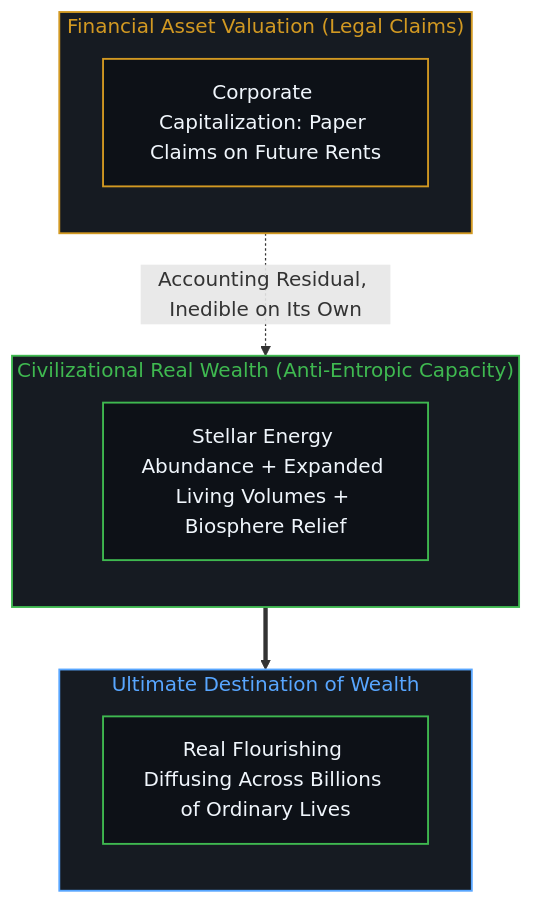
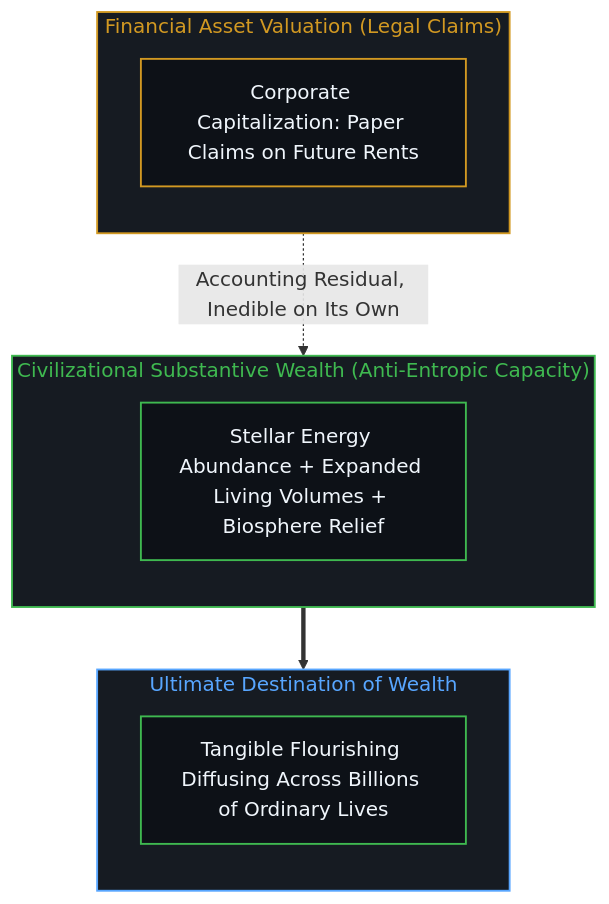
Before and after one commit to powerpig99/not-a-toe: diagram 14 of 14 in content/posts/beyond-the-hundred-trillion-horizon.md, drawn with Mermaid. The commit also changed other lines of this file and 6 other files, not shown here.

````diff
--- a/content/posts/beyond-the-hundred-trillion-horizon.md
+++ b/content/posts/beyond-the-hundred-trillion-horizon.md
@@ -588,30 +523,25 @@
 ```mermaid
 flowchart TD
     classDef default fill:#0d1117,stroke:#30363d,stroke-width:1px,color:#f0f6fc;
     classDef mind fill:#0d1117,stroke:#3fb950,stroke-width:1.5px,color:#f0f6fc;
     classDef warn fill:#0d1117,stroke:#d29922,stroke-width:1.5px,color:#f0f6fc;
     classDef fail fill:#0d1117,stroke:#f85149,stroke-width:1.5px,color:#f0f6fc;
     classDef model fill:#0d1117,stroke:#58a6ff,stroke-width:1.5px,color:#f0f6fc;
-
     subgraph S_FINANCE_EN ["Financial Asset Valuation (Legal Claims)"]
         direction TB
         EQUITY["Corporate Capitalization: Paper Claims on Future Rents"]:::warn
     end
-
-    subgraph S_REAL_EN ["Civilizational Real Wealth (Anti-Entropic Capacity)"]
+    subgraph S_REAL_EN ["Civilizational Substantive Wealth (Anti-Entropic Capacity)"]
         direction TB
         WEALTH["Stellar Energy Abundance + Expanded Living Volumes + Biosphere Relief"]:::mind
     end
-
     subgraph S_DESTINY_EN ["Ultimate Destination of Wealth"]
         direction TB
-        CIVILIZATION["Real Flourishing Diffusing Across Billions of Ordinary Lives"]:::mind
+        CIVILIZATION["Tangible Flourishing Diffusing Across Billions of Ordinary Lives"]:::mind
     end
-
     S_FINANCE_EN -.->|"Accounting Residual, Inedible on Its Own"| S_REAL_EN
     S_REAL_EN ==> S_DESTINY_EN
-
     style S_FINANCE_EN fill:#161b22,stroke:#d29922,stroke-width:1.5px,color:#d29922
     style S_REAL_EN fill:#161b22,stroke:#3fb950,stroke-width:1.5px,color:#3fb950
     style S_DESTINY_EN fill:#161b22,stroke:#58a6ff,stroke-width:1.5px,color:#58a6ff
 ```
````
